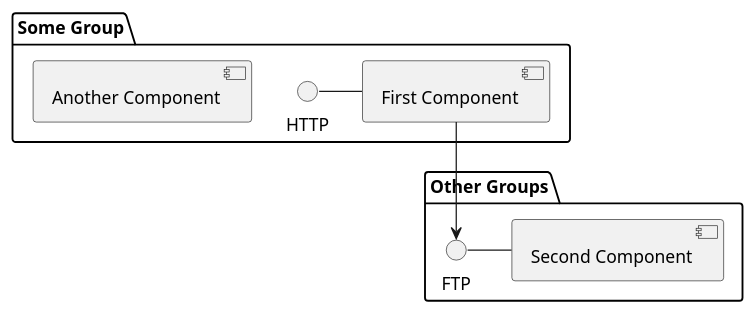
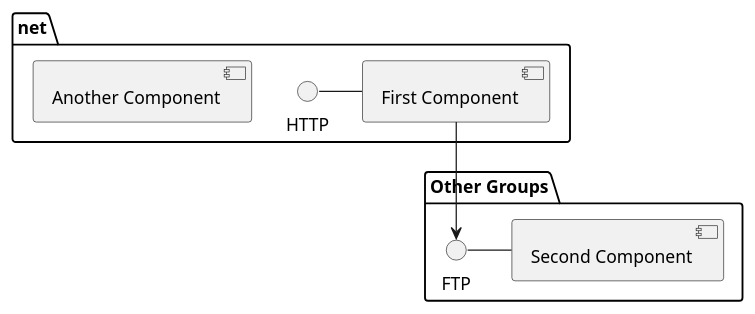
Before and after one commit to Socrates2017/Zetty: the diagram in cms/doc/component.puml, drawn with PlantUML. The commit also changed 2 other files, not shown here.

```diff
--- a/cms/doc/component.puml
+++ b/cms/doc/component.puml
@@ -1,14 +1,14 @@
 @startuml
 
-package "Some Group" {
+package "net" {
 HTTP - [First Component]
 [Another Component]
 }
 
 package "Other Groups" {
 FTP - [Second Component]
 
 [First Component] --> FTP
 }
 
 @enduml
```
